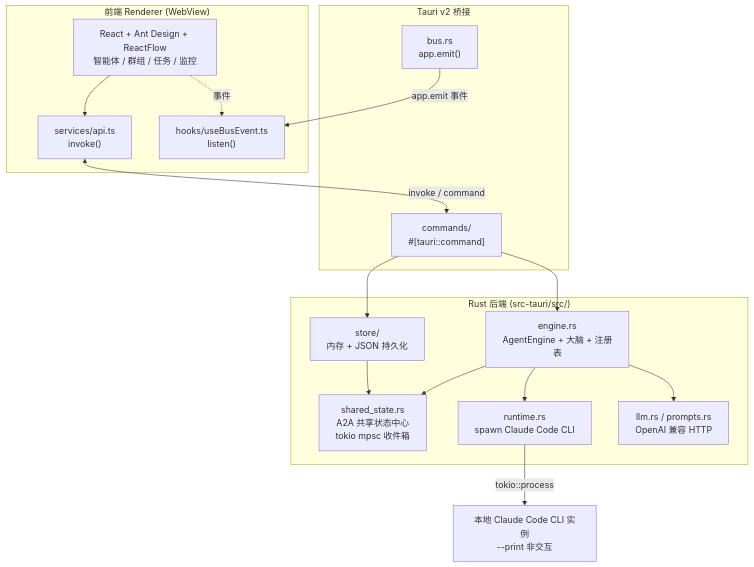
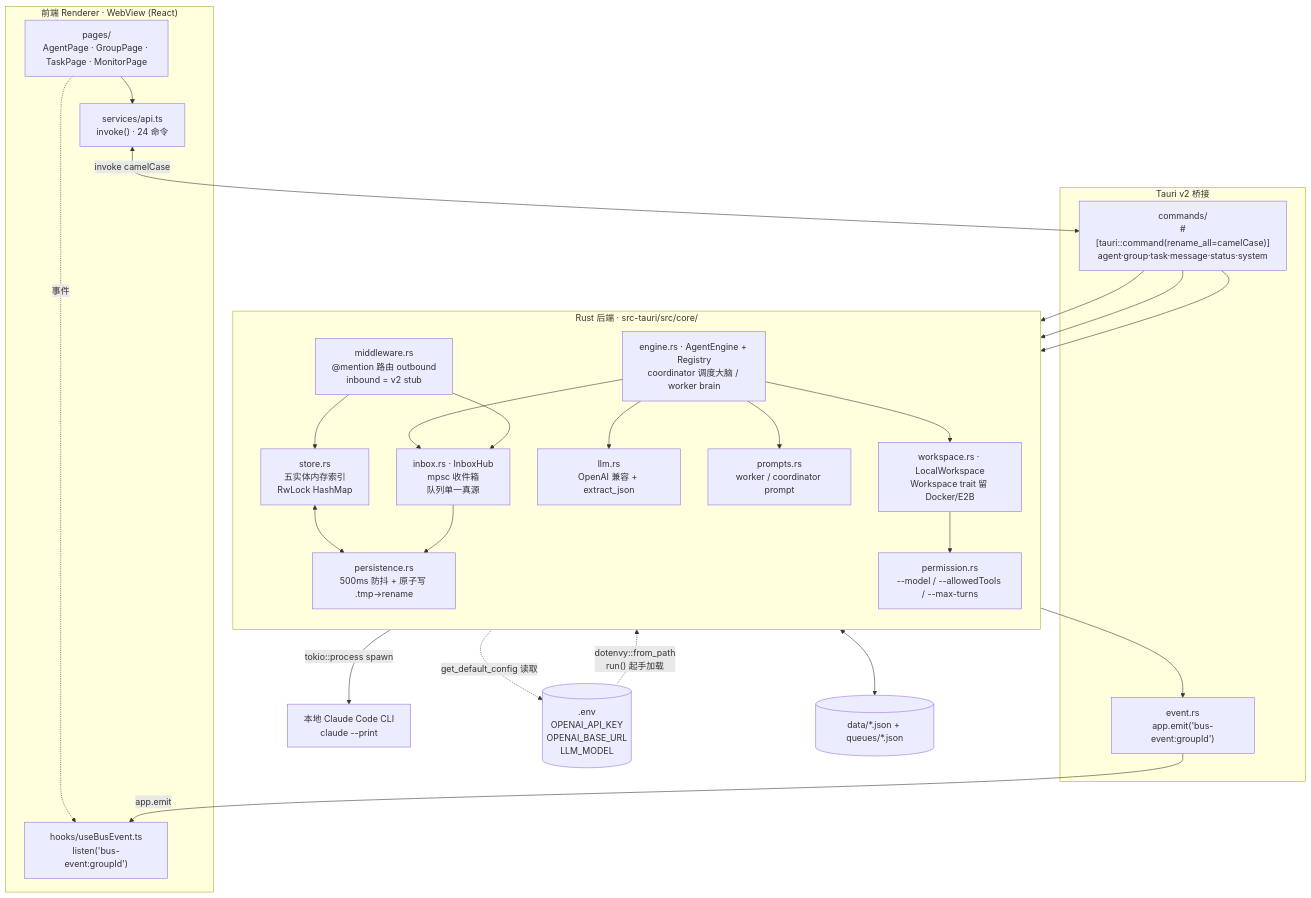
Before and after one commit to free-wyq/multi-Agent: the first of 6 diagrams in README.md, drawn with Mermaid. The commit also changed other lines of this file and 9 other files, not shown here.

````diff
--- a/README.md
+++ b/README.md
@@ -15,32 +15,55 @@
 ```mermaid
 graph TB
-    subgraph Frontend["前端 Renderer (WebView)"]
-        UI["React + Ant Design + ReactFlow<br/>智能体 / 群组 / 任务 / 监控"]
-        API["services/api.ts<br/>invoke()"]
-        Hook["hooks/useBusEvent.ts<br/>listen()"]
+    subgraph FE["前端 Renderer · WebView (React)"]
+        UI["pages/<br/>AgentPage · GroupPage · TaskPage · MonitorPage"]
+        API["services/api.ts<br/>invoke() · 24 命令"]
+        HOOK["hooks/useBusEvent.ts<br/>listen('bus-event:groupId')"]
     end
-    subgraph Tauri["Tauri v2 桥接"]
-        Cmd["commands/<br/>#[tauri::command]"]
-        Bus["bus.rs<br/>app.emit()"]
+
+    subgraph TAURI["Tauri v2 桥接"]
+        CMD["commands/<br/>#[tauri::command(rename_all=camelCase)]<br/>agent·group·task·message·status·system"]
+        EVT["event.rs<br/>app.emit('bus-event:groupId')"]
     end
-    subgraph Backend["Rust 后端 (src-tauri/src/)"]
-        Store["store/<br/>内存 + JSON 持久化"]
-        SS["shared_state.rs<br/>A2A 共享状态中心<br/>tokio mpsc 收件箱"]
-        Engine["engine.rs<br/>AgentEngine + 大脑 + 注册表"]
-        RT["runtime.rs<br/>spawn Claude Code CLI"]
-        LLM["llm.rs / prompts.rs<br/>OpenAI 兼容 HTTP"]
+
+    subgraph CORE["Rust 后端 · src-tauri/src/core/"]
+        direction TB
+        ST["store.rs<br/>五实体内存索引<br/>RwLock HashMap"]
+        PS["persistence.rs<br/>500ms 防抖 + 原子写 .tmp→rename"]
+        IB["inbox.rs · InboxHub<br/>mpsc 收件箱<br/>队列单一真源"]
+        EG["engine.rs · AgentEngine + Registry<br/>coordinator 调度大脑 / worker brain"]
+        MW["middleware.rs<br/>@mention 路由 outbound<br/>inbound = v2 stub"]
+        WS["workspace.rs · LocalWorkspace<br/>Workspace trait 留 Docker/E2B"]
+        PM["permission.rs<br/>--model / --allowedTools / --max-turns"]
+        LLM["llm.rs<br/>OpenAI 兼容 + extract_json"]
+        PR["prompts.rs<br/>worker / coordinator prompt"]
     end
-    CLI["本地 Claude Code CLI 实例<br/>--print 非交互"]
+
+    CLI["本地 Claude Code CLI<br/>claude --print"]
+    ENV[(".env<br/>OPENAI_API_KEY<br/>OPENAI_BASE_URL<br/>LLM_MODEL")]
+    DISK[("data/*.json + queues/*.json")]
 
     UI --> API
-    UI -.事件.-> Hook
-    API <-->|invoke / command| Cmd
-    Bus -->|app.emit 事件| Hook
-    Cmd --> Store
-    Cmd --> Engine
-    Engine --> SS
-    Engine --> LLM
-    Engine --> RT
-    Store --> SS
-    RT -->|"tokio::process"| CLI
+    UI -. 事件 .-> HOOK
+    API <-->|"invoke camelCase"| CMD
+    EVT -->|"app.emit"| HOOK
+
+    CMD --> ST
+    CMD --> MW
+    CMD --> EG
+    ST <--> PS
+    PS <--> DISK
+    IB --> PS
+
+    EG --> IB
+    EG --> LLM
+    EG --> PR
+    EG --> WS
+    EG --> EVT
+    WS --> PM
+    WS -->|"tokio::process spawn"| CLI
+    MW --> IB
+    MW --> ST
+
+    ENV -.->|"dotenvy::from_path<br/>run() 起手加载"| CORE
+    LLM -.->|"get_default_config 读取"| ENV
 ```
````
